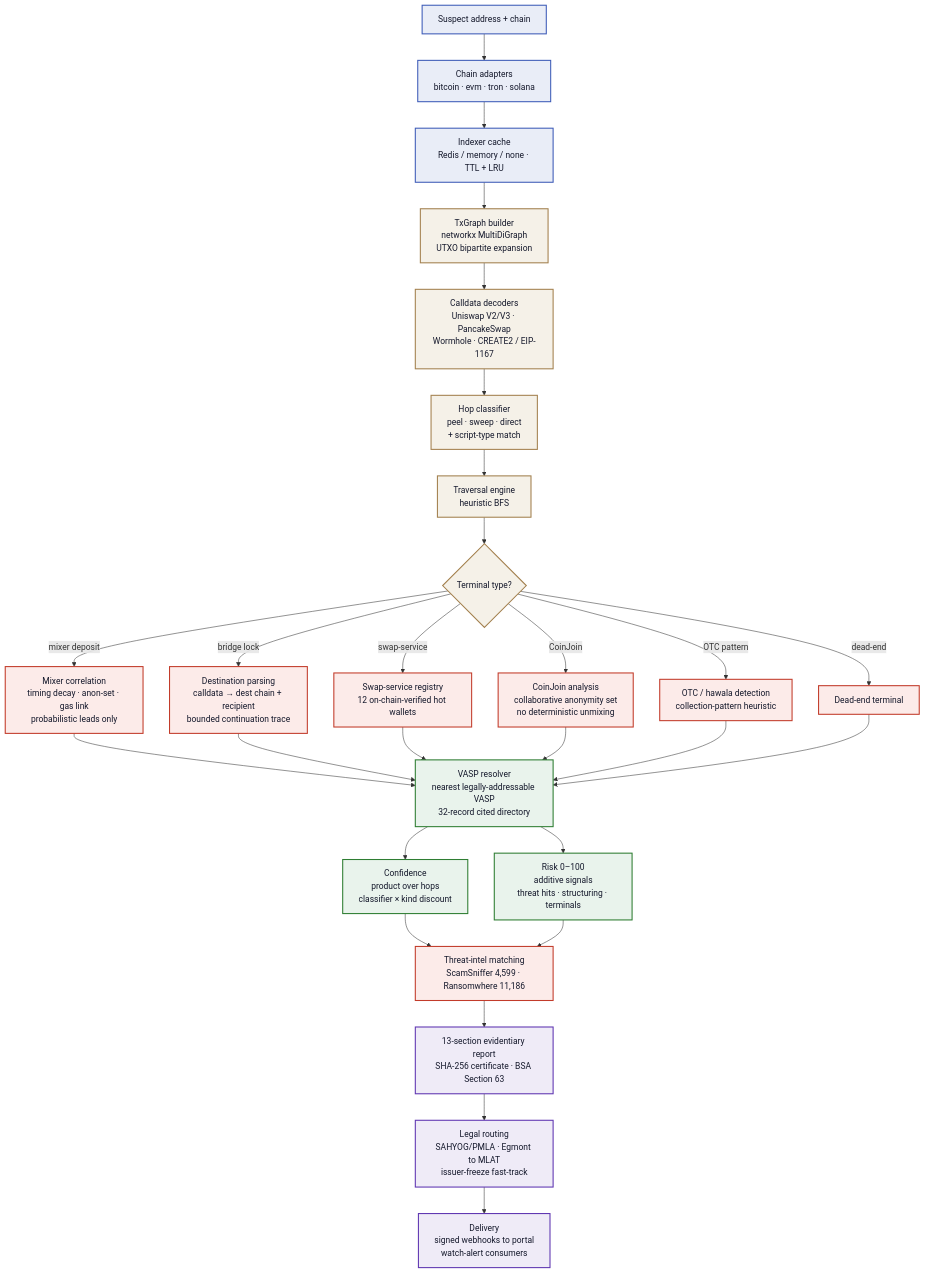
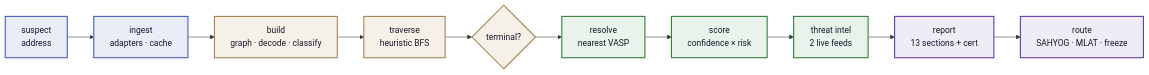
The first of 4 diagrams in README.md (QuantumDev-CERN/Automated-Vasp-Atrribution-Engine), drawn with Mermaid before and after one commit. The commit also changed other lines of this file, not shown here.

Commit message:
docs: compact README diagrams — no-scroll pipeline, terminals, architecture, lifecycle

````diff
--- a/README.md
+++ b/README.md
@@ -75,35 +75,17 @@
 ```mermaid
-flowchart TD
+flowchart LR
     classDef ingest fill:#E9EDF7,stroke:#3E5CB8,stroke-width:2px,color:#14182B
     classDef build fill:#F5F1E8,stroke:#A3804E,stroke-width:2px,color:#14182B
-    classDef intel fill:#FCEBE9,stroke:#C23B2A,stroke-width:2px,color:#14182B
     classDef score fill:#E9F3EC,stroke:#2E7D32,stroke-width:2px,color:#14182B
     classDef out fill:#EFEBF7,stroke:#5E35B1,stroke-width:2px,color:#14182B
 
-    A["Suspect address + chain"]:::ingest --> B["Chain adapters<br/>bitcoin · evm · tron · solana"]:::ingest
-    B --> C["Indexer cache<br/>Redis / memory / none · TTL + LRU"]:::ingest
-    C --> D["TxGraph builder<br/>networkx MultiDiGraph<br/>UTXO bipartite expansion"]:::build
-    D --> E["Calldata decoders<br/>Uniswap V2/V3 · PancakeSwap<br/>Wormhole · CREATE2 / EIP-1167"]:::build
-    E --> F["Hop classifier<br/>peel · sweep · direct<br/>+ script-type match"]:::build
-    F --> G["Traversal engine<br/>heuristic BFS"]:::build
-    G --> H{"Terminal type?"}:::build
-    H -->|mixer deposit| T1["Mixer correlation<br/>timing decay · anon-set · gas link<br/>probabilistic leads only"]:::intel
-    H -->|bridge lock| T2["Destination parsing<br/>calldata → dest chain + recipient<br/>bounded continuation trace"]:::intel
-    H -->|swap-service| T3["Swap-service registry<br/>12 on-chain-verified hot wallets"]:::intel
-    H -->|CoinJoin| T4["CoinJoin analysis<br/>collaborative anonymity set<br/>no deterministic unmixing"]:::intel
-    H -->|OTC pattern| T5["OTC / hawala detection<br/>collection-pattern heuristic"]:::intel
-    H -->|dead-end| T6["Dead-end terminal"]:::intel
-    T1 --> V["VASP resolver<br/>nearest legally-addressable VASP<br/>32-record cited directory"]:::score
-    T2 --> V
-    T3 --> V
-    T4 --> V
-    T5 --> V
-    T6 --> V
-    V --> S1["Confidence<br/>product over hops<br/>classifier × kind discount"]:::score
-    V --> S2["Risk 0–100<br/>additive signals<br/>threat hits · structuring · terminals"]:::score
-    S1 --> TI["Threat-intel matching<br/>ScamSniffer 4,599 · Ransomwhere 11,186"]:::intel
-    S2 --> TI
-    TI --> R["13-section evidentiary report<br/>SHA-256 certificate · BSA Section 63"]:::out
-    R --> L["Legal routing<br/>SAHYOG/PMLA · Egmont to MLAT<br/>issuer-freeze fast-track"]:::out
-    L --> W["Delivery<br/>signed webhooks to portal<br/>watch-alert consumers"]:::out
+    A["suspect<br/>address"]:::ingest --> B["ingest<br/>adapters · cache"]:::ingest
+    B --> C["build<br/>graph · decode · classify"]:::build
+    C --> D["traverse<br/>heuristic BFS"]:::build
+    D --> E{"terminal?"}:::build
+    E --> F["resolve<br/>nearest VASP"]:::score
+    F --> G["score<br/>confidence × risk"]:::score
+    G --> H["threat intel<br/>2 live feeds"]:::score
+    H --> I["report<br/>13 sections + cert"]:::out
+    I --> J["route<br/>SAHYOG · MLAT · freeze"]:::out
 ```
````
